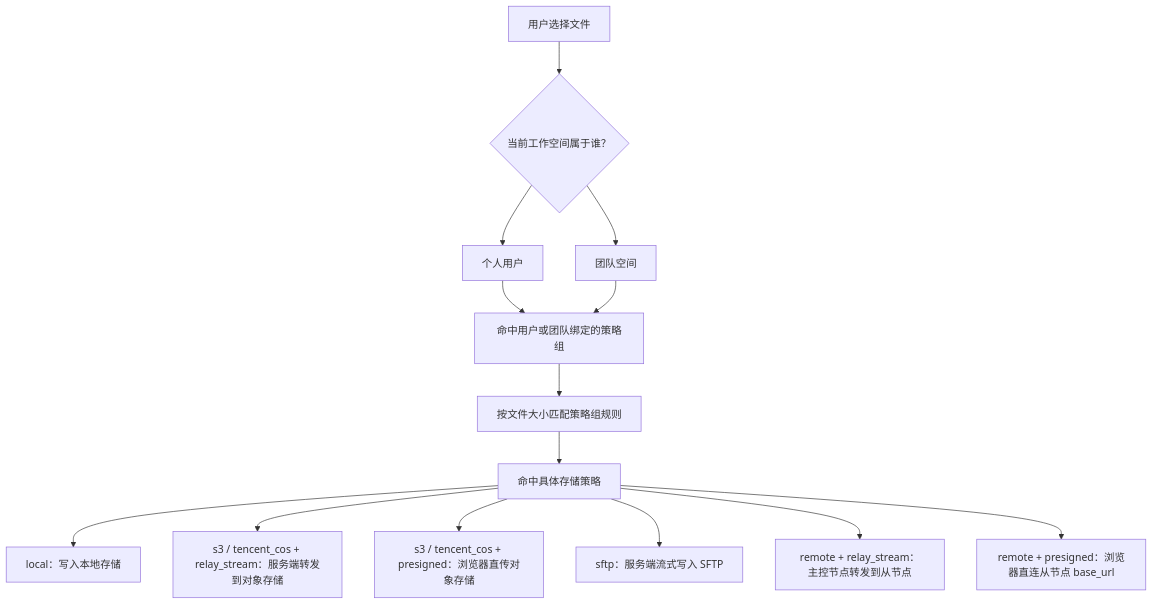
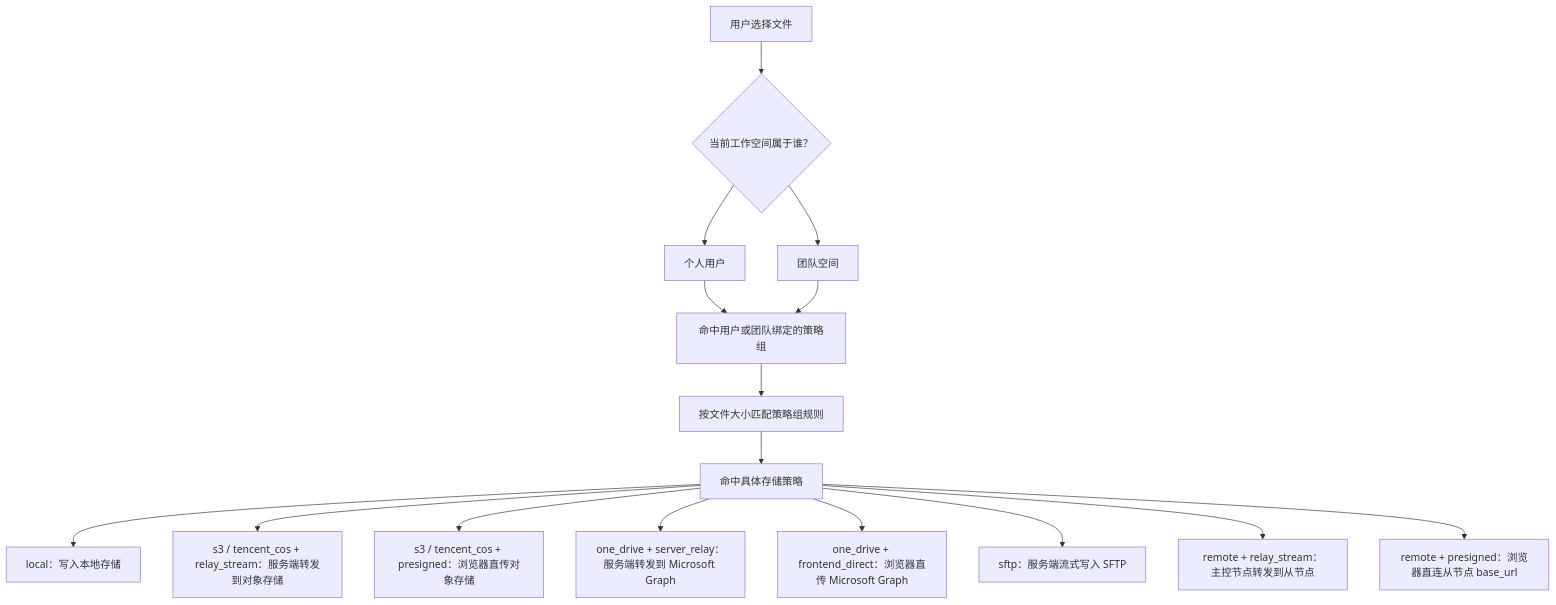
Before and after one commit to EleProCoress/AsterDrive: the diagram in docs/guide/upload-modes.md, drawn with Mermaid. The commit also changed other lines of this file and 67 other files, not shown here.

First line of the commit message:
feat(upload): add OneDrive browser-direct resumable upload strategy (#414)

````diff
--- a/docs/guide/upload-modes.md
+++ b/docs/guide/upload-modes.md
@@ -17,16 +17,18 @@
 ```mermaid
 flowchart TD
   Select["用户选择文件"] --> Owner{"当前工作空间属于谁？"}
   Owner --> Personal["个人用户"]
   Owner --> Team["团队空间"]
   Personal --> Group["命中用户或团队绑定的策略组"]
   Team --> Group
   Group --> SizeRule["按文件大小匹配策略组规则"]
   SizeRule --> Policy["命中具体存储策略"]
   Policy --> Local["local：写入本地存储"]
   Policy --> S3Relay["s3 / tencent_cos + relay_stream：服务端转发到对象存储"]
   Policy --> S3Presigned["s3 / tencent_cos + presigned：浏览器直传对象存储"]
+  Policy --> OneDriveRelay["one_drive + server_relay：服务端转发到 Microsoft Graph"]
+  Policy --> OneDriveDirect["one_drive + frontend_direct：浏览器直传 Microsoft Graph"]
   Policy --> SftpRelay["sftp：服务端流式写入 SFTP"]
   Policy --> RemoteRelay["remote + relay_stream：主控节点转发到从节点"]
   Policy --> RemotePresigned["remote + presigned：浏览器直连从节点 base_url"]
 ```
````
